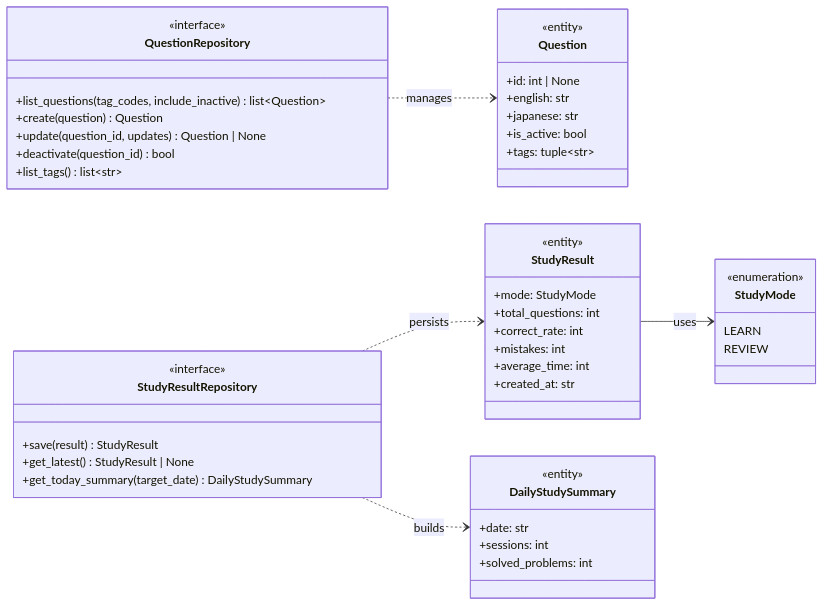
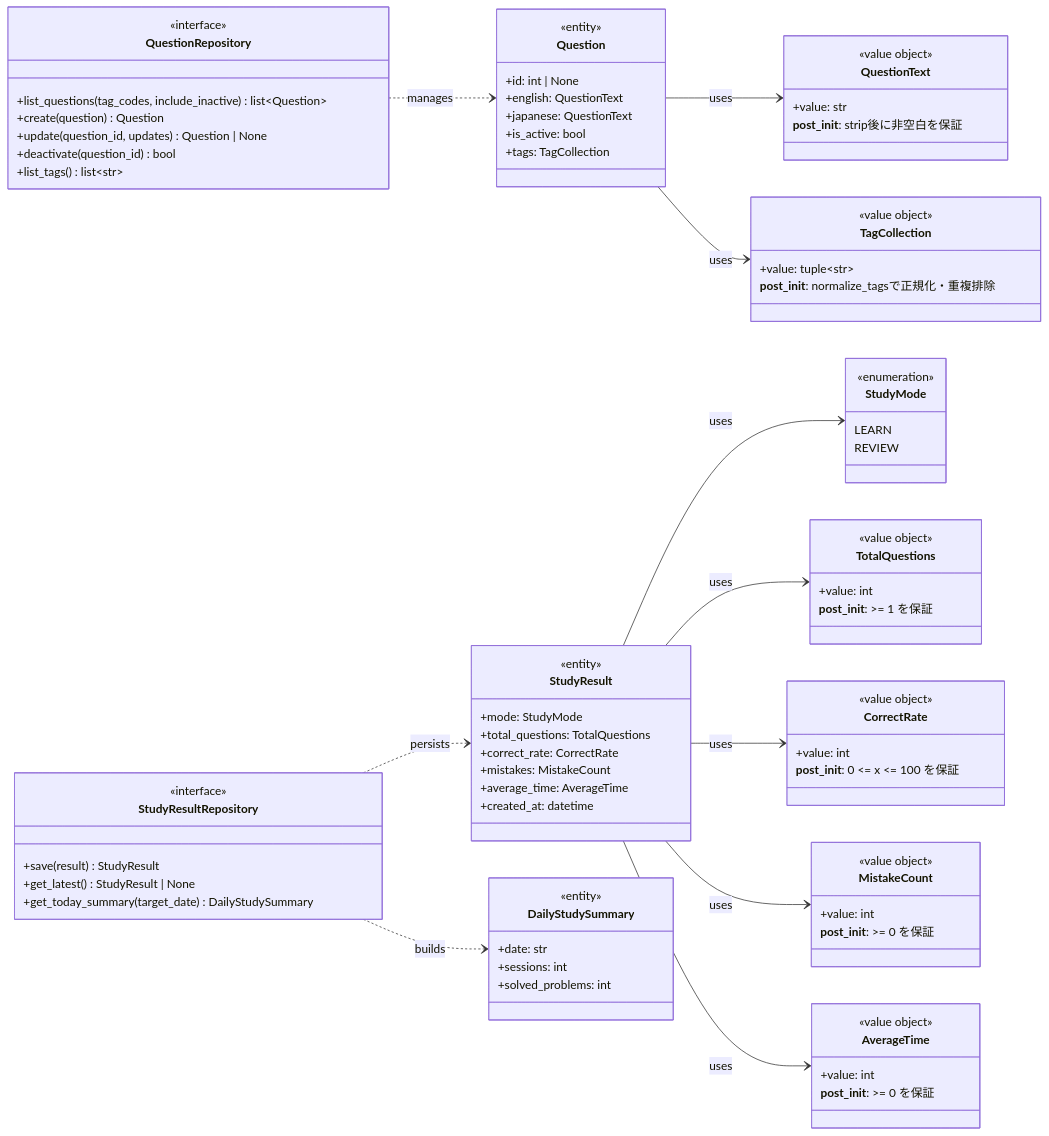
The diagram in backend/docs/domain-model.md (tokitaku/typing-app), drawn with Mermaid before and after one commit. The commit also changed other lines of this file, not shown here.

Commit message:
docs: update domain-model.md with value objects (#92)

```diff
--- a/backend/docs/domain-model.md
+++ b/backend/docs/domain-model.md
@@ -12,23 +12,59 @@
         REVIEW
     }
 
+    class QuestionText {
+        <<value object>>
+        +value: str
+        __post_init__: strip後に非空白を保証
+    }
+
+    class TagCollection {
+        <<value object>>
+        +value: tuple~str~
+        __post_init__: normalize_tagsで正規化・重複排除
+    }
+
+    class TotalQuestions {
+        <<value object>>
+        +value: int
+        __post_init__: >= 1 を保証
+    }
+
+    class CorrectRate {
+        <<value object>>
+        +value: int
+        __post_init__: 0 <= x <= 100 を保証
+    }
+
+    class MistakeCount {
+        <<value object>>
+        +value: int
+        __post_init__: >= 0 を保証
+    }
+
+    class AverageTime {
+        <<value object>>
+        +value: int
+        __post_init__: >= 0 を保証
+    }
+
     class Question {
         <<entity>>
         +id: int | None
-        +english: str
-        +japanese: str
+        +english: QuestionText
+        +japanese: QuestionText
         +is_active: bool
-        +tags: tuple~str~
+        +tags: TagCollection
     }
 
     class StudyResult {
         <<entity>>
         +mode: StudyMode
-        +total_questions: int
-        +correct_rate: int
-        +mistakes: int
-        +average_time: int
-        +created_at: str
+        +total_questions: TotalQuestions
+        +correct_rate: CorrectRate
+        +mistakes: MistakeCount
+        +average_time: AverageTime
+        +created_at: datetime
     }
 
     class DailyStudySummary {
@@ -54,7 +90,13 @@
         +get_today_summary(target_date) DailyStudySummary
     }
 
+    Question --> QuestionText : uses
+    Question --> TagCollection : uses
     StudyResult --> StudyMode : uses
+    StudyResult --> TotalQuestions : uses
+    StudyResult --> CorrectRate : uses
+    StudyResult --> MistakeCount : uses
+    StudyResult --> AverageTime : uses
     QuestionRepository ..> Question : manages
     StudyResultRepository ..> StudyResult : persists
     StudyResultRepository ..> DailyStudySummary : builds
```
